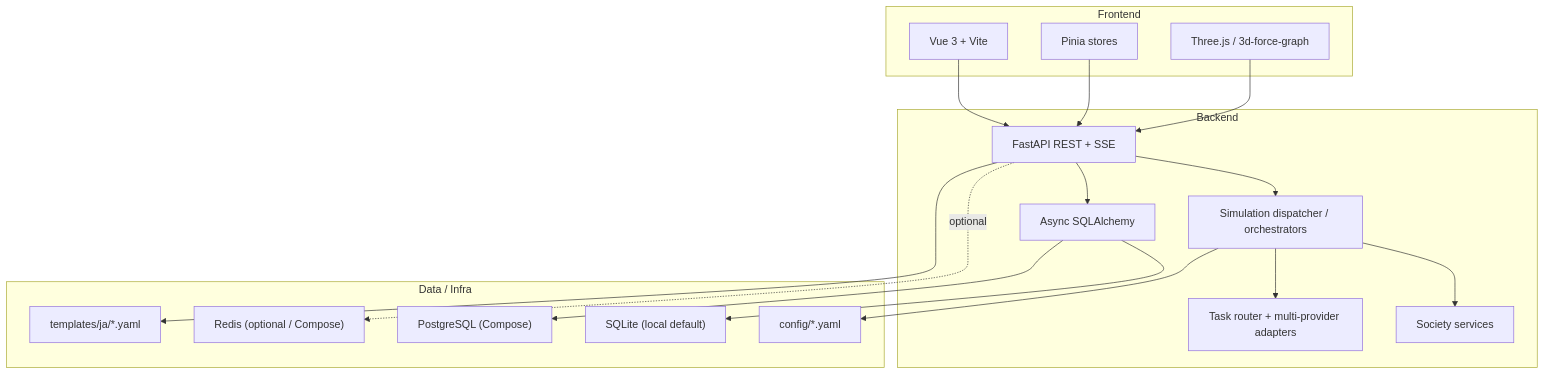
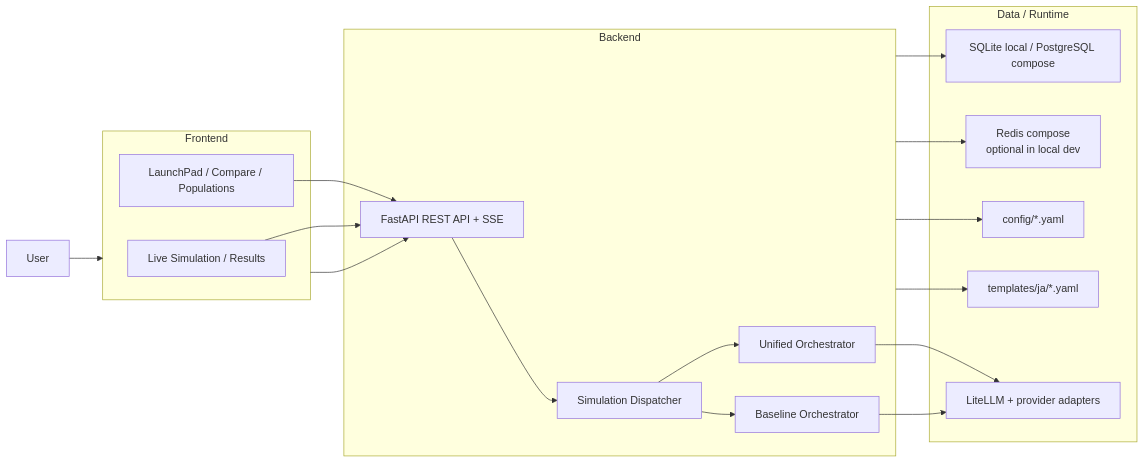
Before and after one commit to usagi917/agoraAI: the first of 2 diagrams in README.en.md, drawn with Mermaid. The commit also changed other lines of this file and 2 other files, not shown here.

````diff
--- a/README.en.md
+++ b/README.en.md
@@ -71,37 +22,37 @@
 ```mermaid
-flowchart TB
+flowchart LR
+    User["User"] --> Frontend
+
     subgraph Frontend["Frontend"]
-        UI["Vue 3 + Vite"]
-        STORE["Pinia stores"]
-        GRAPH["Three.js / 3d-force-graph"]
+        LaunchPad["LaunchPad / Compare / Populations"]
+        LiveUI["Live Simulation / Results"]
     end
 
     subgraph Backend["Backend"]
-        API["FastAPI REST + SSE"]
-        ORCH["Simulation dispatcher / orchestrators"]
-        SOC["Society services"]
-        LLM["Task router + multi-provider adapters"]
-        DB["Async SQLAlchemy"]
+        API["FastAPI REST API + SSE"]
+        Dispatcher["Simulation Dispatcher"]
+        Unified["Unified Orchestrator"]
+        Baseline["Baseline Orchestrator"]
     end
 
-    subgraph Data["Data / Infra"]
-        SQLITE["SQLite (local default)"]
-        POSTGRES["PostgreSQL (Compose)"]
-        REDIS["Redis (optional / Compose)"]
-        CFG["config/*.yaml"]
-        TMPL["templates/ja/*.yaml"]
+    subgraph Runtime["Data / Runtime"]
+        DB["SQLite local / PostgreSQL compose"]
+        Redis["Redis compose<br/>optional in local dev"]
+        Config["config/*.yaml"]
+        Templates["templates/ja/*.yaml"]
+        LLM["LiteLLM + provider adapters"]
     end
 
-    UI --> API
-    STORE --> API
-    GRAPH --> API
-    API --> ORCH
-    ORCH --> SOC
-    ORCH --> LLM
-    API --> DB
-    DB --> SQLITE
-    DB --> POSTGRES
-    ORCH --> CFG
-    API -. optional .-> REDIS
-    API --> TMPL
+    Frontend --> API
+    LaunchPad --> API
+    LiveUI --> API
+    API --> Dispatcher
+    Dispatcher --> Unified
+    Dispatcher --> Baseline
+    Backend --> DB
+    Backend --> Redis
+    Backend --> Config
+    Backend --> Templates
+    Unified --> LLM
+    Baseline --> LLM
 ```
````
